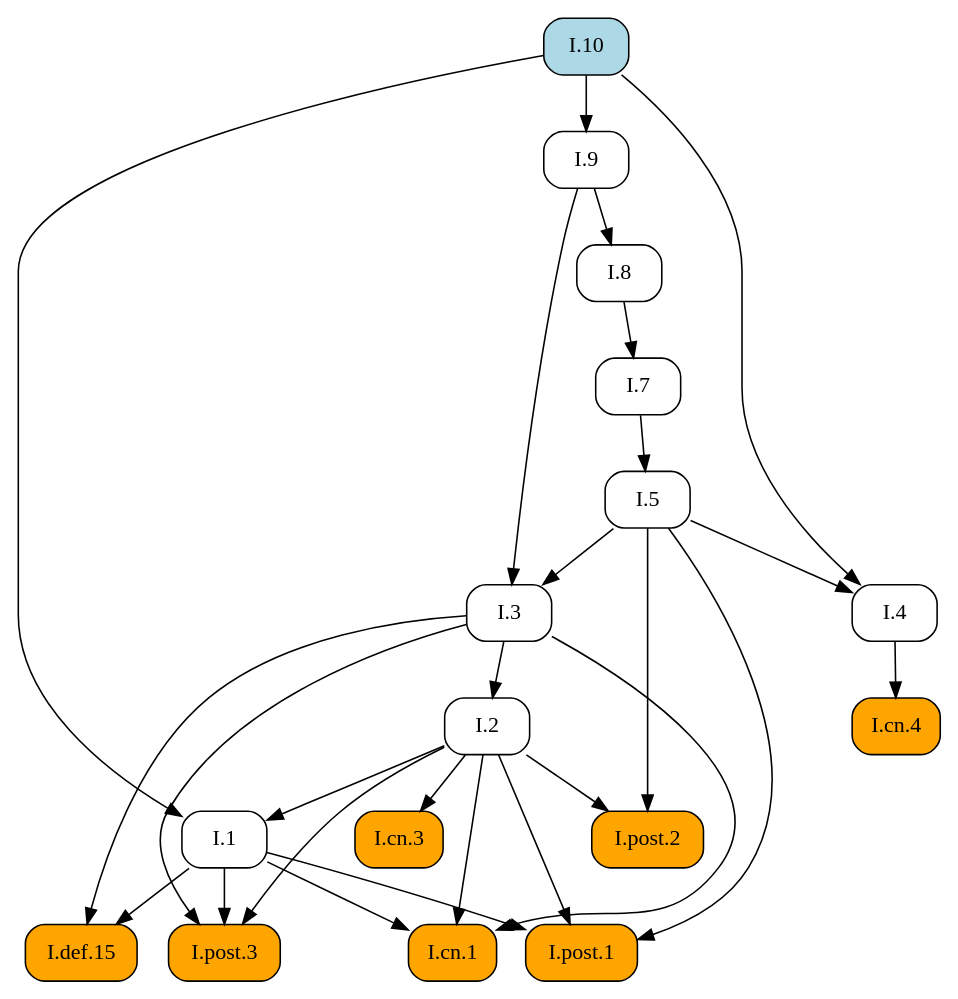
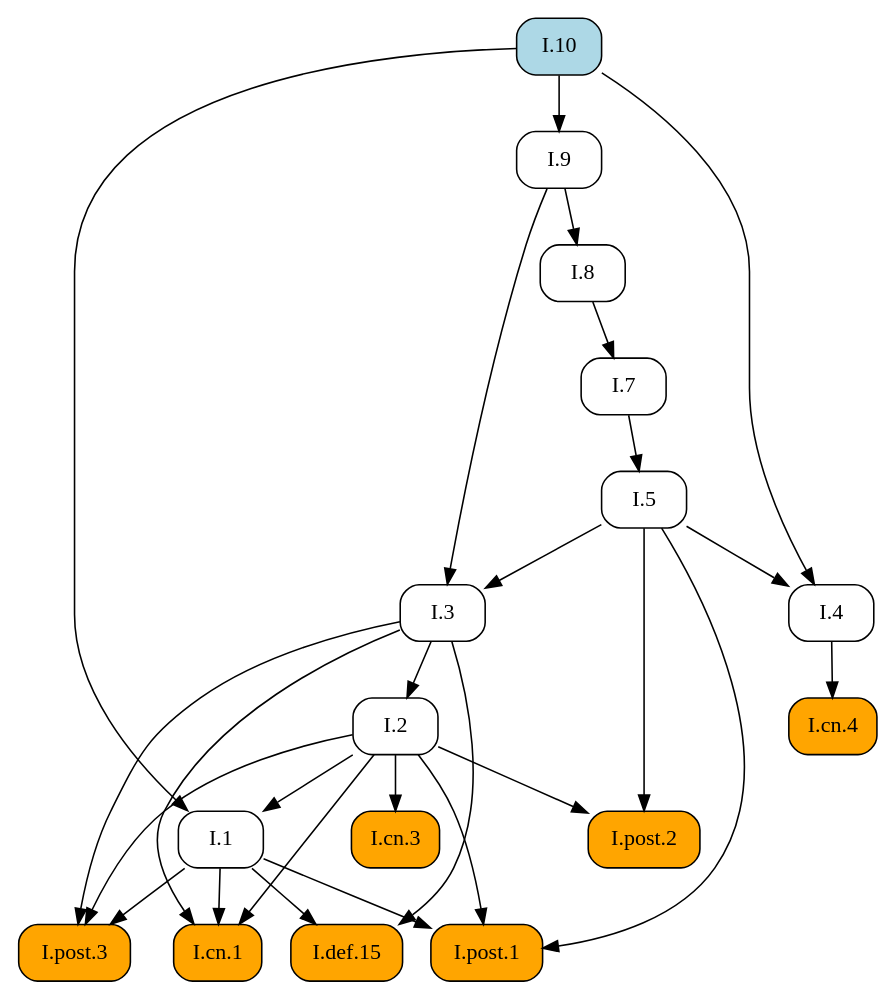
The diagram in docsrc/heath/I/10/index.rst (geometor/elements), drawn with Graphviz before and after one commit. The commit also changed other lines of this file and 484 other files, not shown here.

```diff
--- a/docsrc/heath/I/10/index.rst
+++ b/docsrc/heath/I/10/index.rst
@@ -43,48 +43,48 @@
 .. graphviz::
 
    digraph {
      rankdir="TB";
      node [shape=box, style=rounded];
+     "I.cn.1" [style="rounded,filled", fillcolor=orange, URL="/heath/I/cn.1/", target="_top"];
+     "I.9" [URL="/heath/I/9/", target="_top"];
+     "I.7" [URL="/heath/I/7/", target="_top"];
+     "I.2" [URL="/heath/I/2/", target="_top"];
+     "I.10" [style="rounded,filled", fillcolor=lightblue, URL="/heath/I/10/", target="_top"];
      "I.def.15" [style="rounded,filled", fillcolor=orange, URL="/heath/I/def.15/", target="_top"];
-     "I.9" [URL="/heath/I/9/", target="_top"];
+     "I.4" [URL="/heath/I/4/", target="_top"];
+     "I.cn.4" [style="rounded,filled", fillcolor=orange, URL="/heath/I/cn.4/", target="_top"];
      "I.1" [URL="/heath/I/1/", target="_top"];
      "I.post.3" [style="rounded,filled", fillcolor=orange, URL="/heath/I/post.3/", target="_top"];
-     "I.cn.1" [style="rounded,filled", fillcolor=orange, URL="/heath/I/cn.1/", target="_top"];
-     "I.7" [URL="/heath/I/7/", target="_top"];
+     "I.post.1" [style="rounded,filled", fillcolor=orange, URL="/heath/I/post.1/", target="_top"];
+     "I.8" [URL="/heath/I/8/", target="_top"];
+     "I.post.2" [style="rounded,filled", fillcolor=orange, URL="/heath/I/post.2/", target="_top"];
+     "I.5" [URL="/heath/I/5/", target="_top"];
+     "I.cn.3" [style="rounded,filled", fillcolor=orange, URL="/heath/I/cn.3/", target="_top"];
      "I.3" [URL="/heath/I/3/", target="_top"];
-     "I.cn.3" [style="rounded,filled", fillcolor=orange, URL="/heath/I/cn.3/", target="_top"];
-     "I.8" [URL="/heath/I/8/", target="_top"];
-     "I.cn.4" [style="rounded,filled", fillcolor=orange, URL="/heath/I/cn.4/", target="_top"];
-     "I.4" [URL="/heath/I/4/", target="_top"];
-     "I.2" [URL="/heath/I/2/", target="_top"];
-     "I.post.1" [style="rounded,filled", fillcolor=orange, URL="/heath/I/post.1/", target="_top"];
-     "I.post.2" [style="rounded,filled", fillcolor=orange, URL="/heath/I/post.2/", target="_top"];
-     "I.10" [style="rounded,filled", fillcolor=lightblue, URL="/heath/I/10/", target="_top"];
-     "I.5" [URL="/heath/I/5/", target="_top"];
+     "I.1" -> "I.cn.1";
+     "I.2" -> "I.cn.1";
+     "I.3" -> "I.cn.1";
+     "I.10" -> "I.9";
+     "I.8" -> "I.7";
+     "I.3" -> "I.2";
      "I.1" -> "I.def.15";
      "I.3" -> "I.def.15";
-     "I.10" -> "I.9";
+     "I.5" -> "I.4";
+     "I.10" -> "I.4";
+     "I.4" -> "I.cn.4";
      "I.2" -> "I.1";
      "I.10" -> "I.1";
      "I.1" -> "I.post.3";
      "I.2" -> "I.post.3";
      "I.3" -> "I.post.3";
-     "I.1" -> "I.cn.1";
-     "I.2" -> "I.cn.1";
-     "I.3" -> "I.cn.1";
-     "I.8" -> "I.7";
-     "I.5" -> "I.3";
-     "I.9" -> "I.3";
-     "I.2" -> "I.cn.3";
-     "I.9" -> "I.8";
-     "I.4" -> "I.cn.4";
-     "I.5" -> "I.4";
-     "I.10" -> "I.4";
-     "I.3" -> "I.2";
      "I.1" -> "I.post.1";
      "I.2" -> "I.post.1";
      "I.5" -> "I.post.1";
+     "I.9" -> "I.8";
      "I.2" -> "I.post.2";
      "I.5" -> "I.post.2";
      "I.7" -> "I.5";
+     "I.2" -> "I.cn.3";
+     "I.5" -> "I.3";
+     "I.9" -> "I.3";
    }
```
